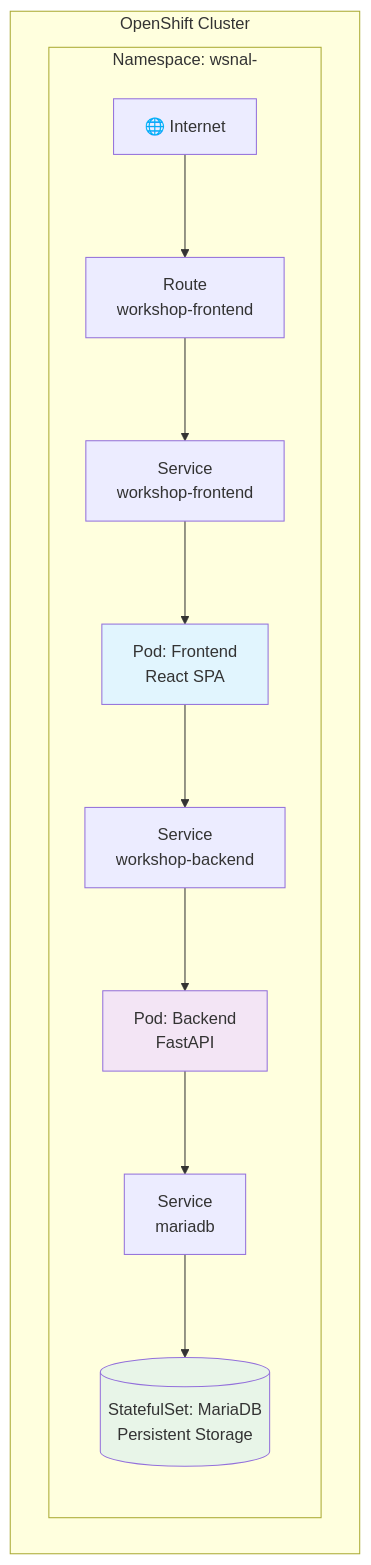
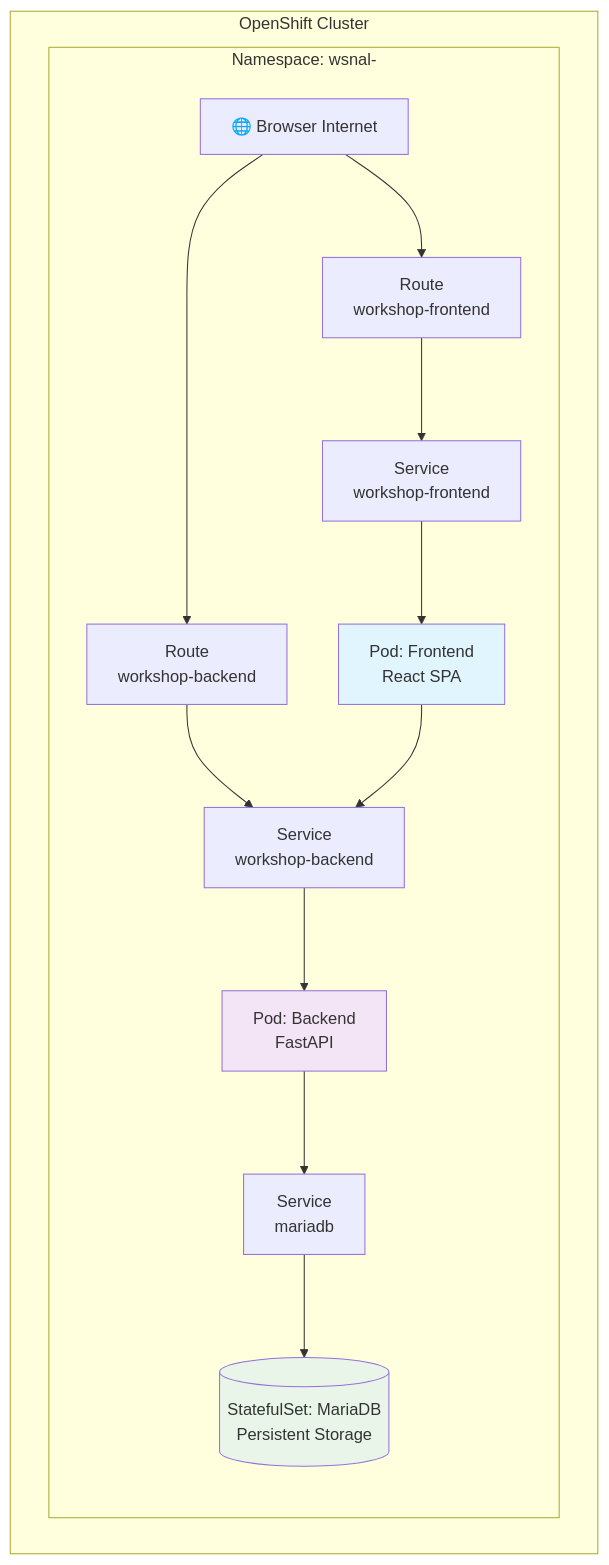
One commit to ccangemi/workshop-nal changed the diagram in docs/passo-7-frontend.md. Above: the diagram before and after it, drawn with Mermaid. The commit also changed other lines of this file and 13 other files, not shown here.

Commit message:
feat: Update workshop documentation and backend configurations for improved clarity and functionality

````diff
--- a/docs/passo-7-frontend.md
+++ b/docs/passo-7-frontend.md
@@ -123,24 +96,38 @@
 ```mermaid
 graph TB
-    subgraph "OpenShift Cluster"
-        subgraph "Namespace: wsnal-<user>"
-            Internet[🌐 Internet] --> Route1[Route<br/>workshop-frontend]
-            Route1 --> Service1[Service<br/>workshop-frontend]
-            Service1 --> Frontend[Pod: Frontend<br/>React SPA]
-            
-            Frontend --> Service2[Service<br/>workshop-backend]
-            Service2 --> Backend[Pod: Backend<br/>FastAPI]
-            
-            Backend --> Service3[Service<br/>mariadb]
-            Service3 --> Database[(StatefulSet: MariaDB<br/>Persistent Storage)]
-        end
-    end
-    
-    classDef frontend fill:#e1f5fe
-    classDef backend fill:#f3e5f5  
-    classDef database fill:#e8f5e8
-    
-    class Frontend frontend
-    class Backend backend
-    class Database database
+   subgraph "OpenShift Cluster"
+      subgraph "Namespace: wsnal-<user>"
+         Internet[🌐 Browser Internet]
+         RouteFrontend[Route<br/>workshop-frontend]
+         RouteBackend[Route<br/>workshop-backend]
+         ServiceFrontend[Service<br/>workshop-frontend]
+         ServiceBackend[Service<br/>workshop-backend]
+         Frontend[Pod: Frontend<br/>React SPA]
+         Backend[Pod: Backend<br/>FastAPI]
+         ServiceDB[Service<br/>mariadb]
+         Database[(StatefulSet: MariaDB<br/>Persistent Storage)]
+
+         Internet --> RouteFrontend
+         Internet --> RouteBackend
+
+         RouteFrontend --> ServiceFrontend
+         ServiceFrontend --> Frontend
+
+         RouteBackend --> ServiceBackend
+         ServiceBackend --> Backend
+
+         Frontend --> ServiceBackend
+
+         Backend --> ServiceDB
+         ServiceDB --> Database
+      end
+   end
+
+   classDef frontend fill:#e1f5fe
+   classDef backend fill:#f3e5f5  
+   classDef database fill:#e8f5e8
+
+   class Frontend frontend
+   class Backend backend
+   class Database database
 ```
````
